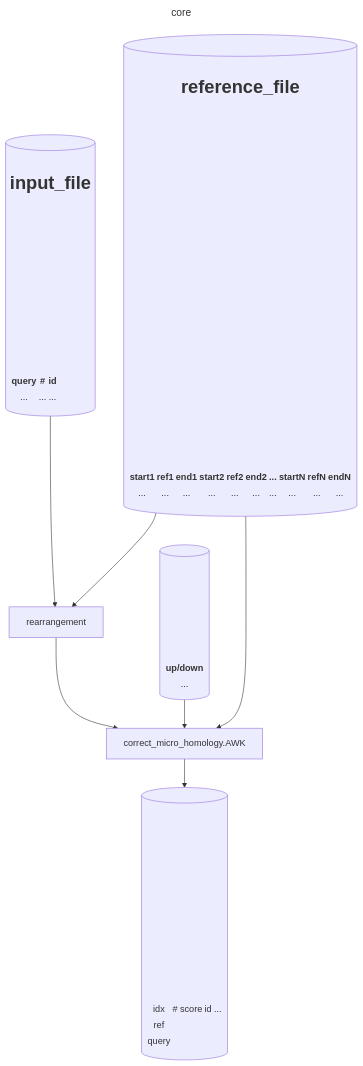
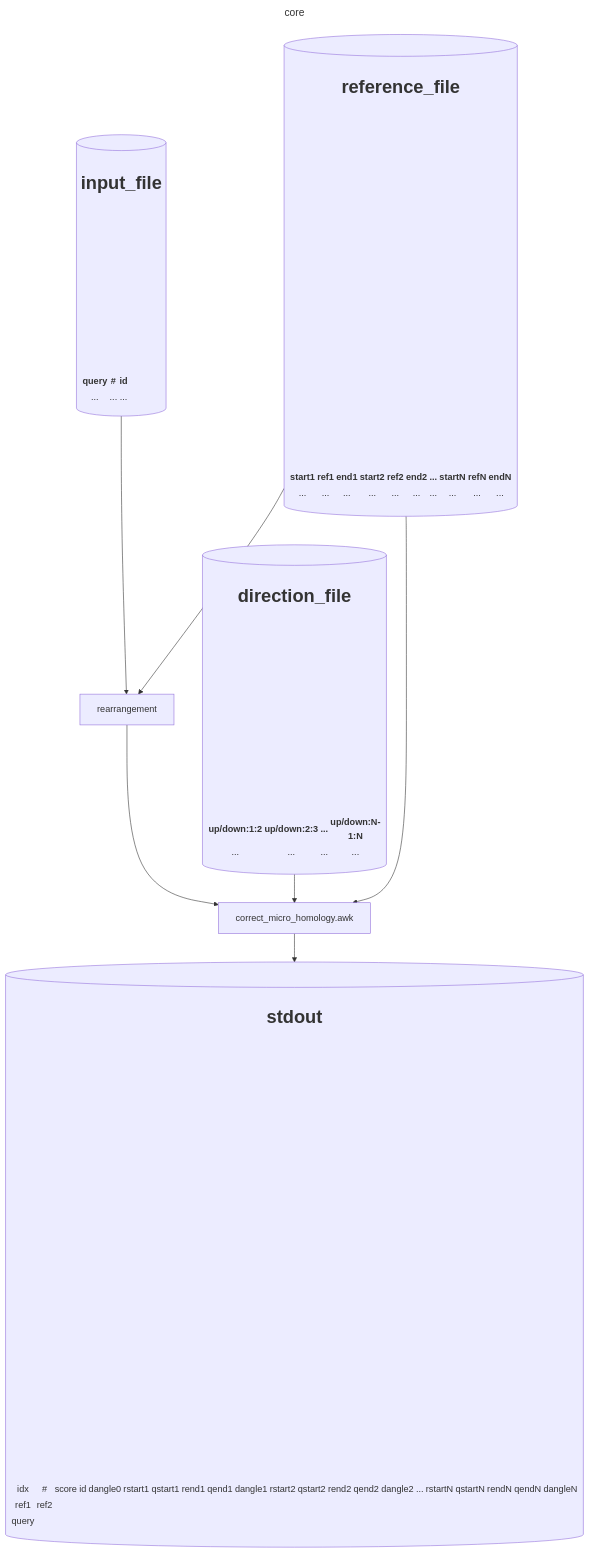
Before and after one commit to ljw20180420/rearr: the third of 3 diagrams in docs/core.md, drawn with Mermaid. The commit also changed other lines of this file, not shown here.

Commit message:
Add documentation for multi-block chimeric alignments in core.md.

```diff
--- a/docs/core.md
+++ b/docs/core.md
@@ -305,29 +308,54 @@
         </table>
     )] --> REARR
 
-    REF --> CMH[correct_micro_homology.AWK]
+    REF --> CMH[correct_micro_homology.awk]
     DIRECTION[(
+        <h1>direction_file</h1>
         <table>
             <tr>
-                <th>up/down</th>
+                <th>up/down:1:2</th>
+                <th>up/down:2:3</th>
+                <th>...</th>
+                <th>up/down:N-1:N</th>
             </tr>
             <tr>
+                <td>...</td>
+                <td>...</td>
+                <td>...</td>
                 <td>...</td>
             </tr>
         </table>
     )] --> CMH
     REARR --> CMH
     CMH --> CORRECTED[(
+        <h1>stdout</h1>
         <table>
             <tr>
                 <td>idx</td>
                 <td>#</td>
                 <td>score</td>
                 <td>id</td>
+                <td>dangle0</td>
+                <td>rstart1</td>
+                <td>qstart1</td>
+                <td>rend1</td>
+                <td>qend1</td>
+                <td>dangle1</td>
+                <td>rstart2</td>
+                <td>qstart2</td>
+                <td>rend2</td>
+                <td>qend2</td>
+                <td>dangle2</td>
                 <td>...</td>
+                <td>rstartN</td>
+                <td>qstartN</td>
+                <td>rendN</td>
+                <td>qendN</td>
+                <td>dangleN</td>
             </tr>
             <tr>
-                <td>ref</td>
+                <td>ref1</td>
+                <td>ref2</td>
             </tr>
             <tr>
                 <td>query</td>
```
